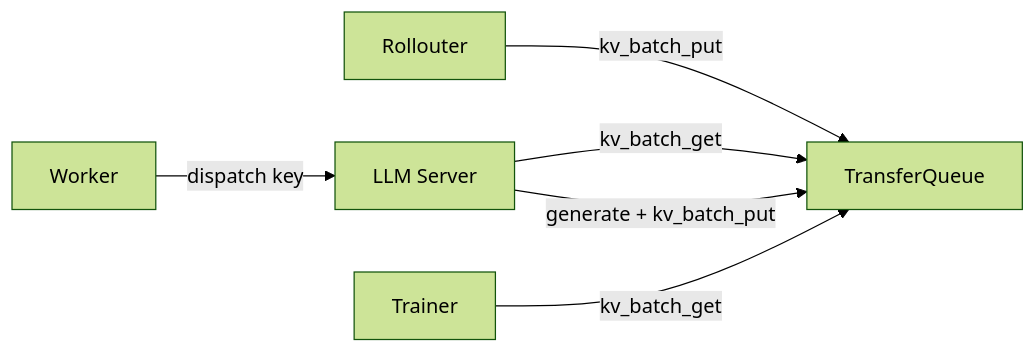
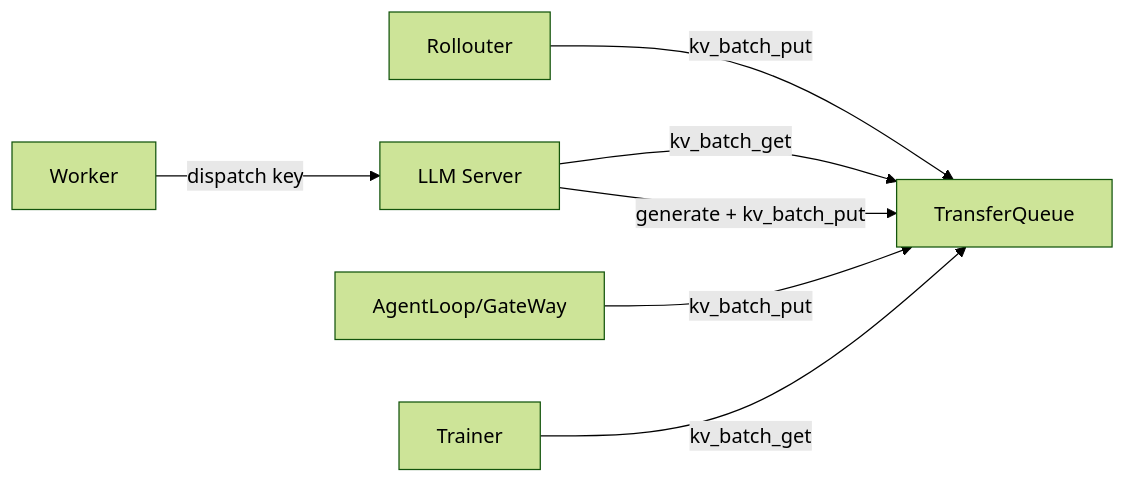
The third of 6 diagrams in verl/experimental/fully_async_policy_tq/README.md (meituan-search/verl), drawn with Mermaid (forest theme) before and after one commit. The commit also changed other lines of this file, not shown here.

````diff
--- a/verl/experimental/fully_async_policy_tq/README.md
+++ b/verl/experimental/fully_async_policy_tq/README.md
@@ -123,8 +123,9 @@
 ```mermaid
 graph LR
     R[Rollouter] -->|kv_batch_put| TQ[TransferQueue]
     W[Worker] -->|dispatch key| S[LLM Server]
     S -->|kv_batch_get| TQ
     S -->|generate + kv_batch_put| TQ
+    A[AgentLoop/GateWay] -->|kv_batch_put| TQ
     T[Trainer] -->|kv_batch_get| TQ
 ```
````
